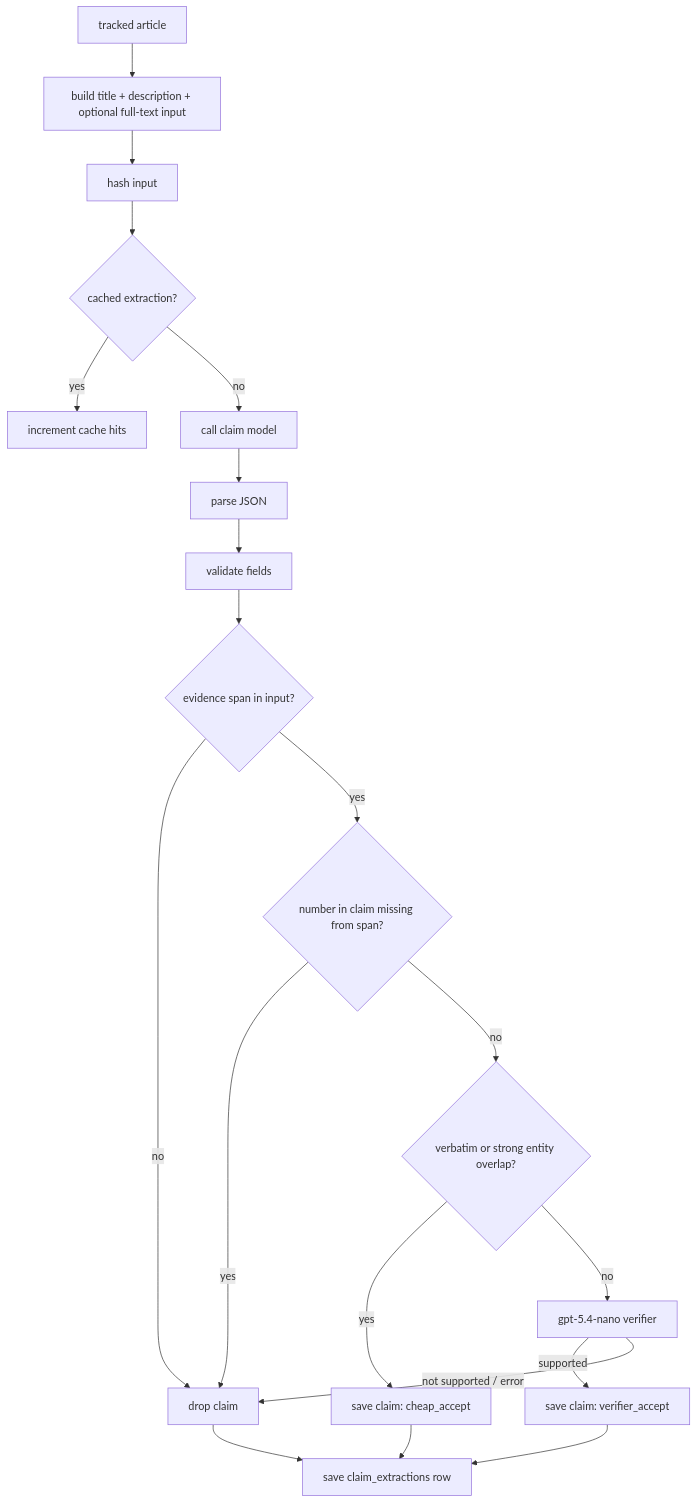
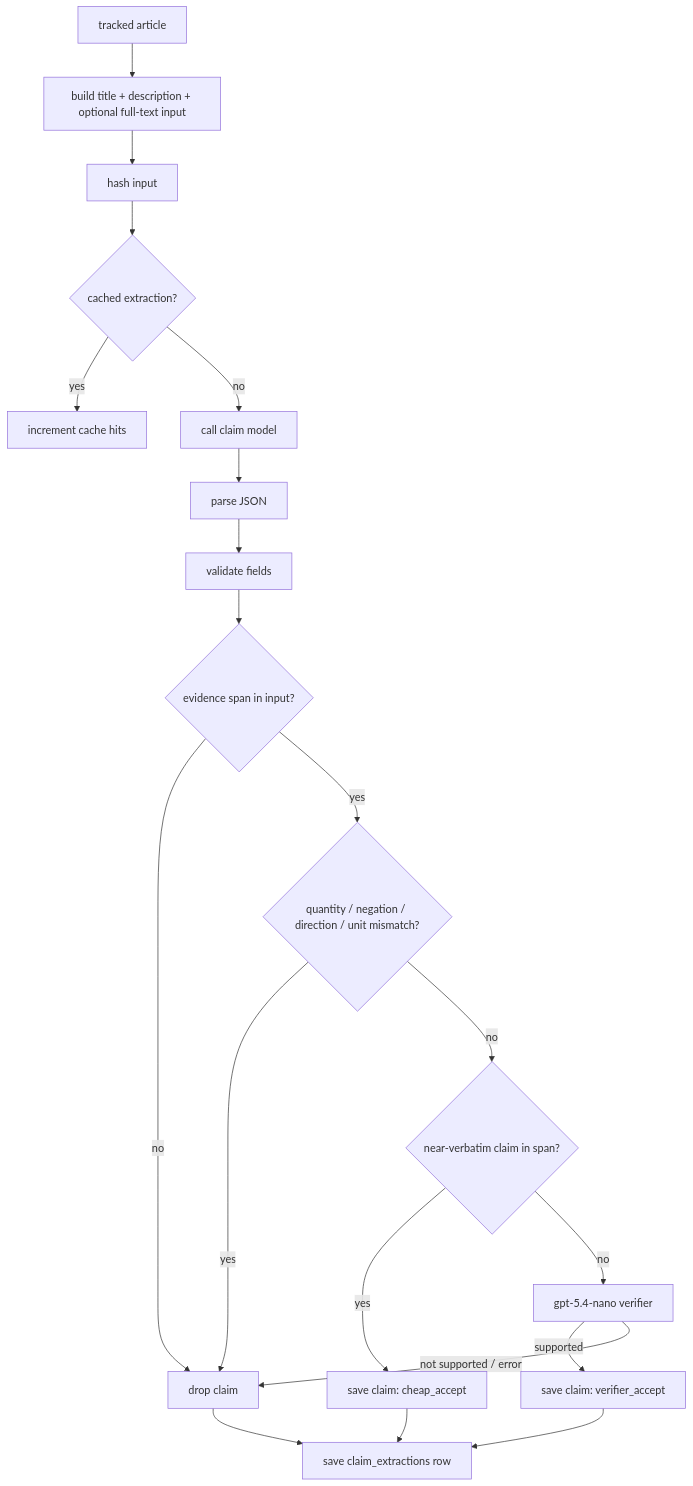
Before and after one commit to MecGlandorff/News: the fourth of 5 diagrams in docs/how-it-works.md, drawn with Mermaid. The commit also changed other lines of this file and 8 other files, not shown here.

````diff
--- a/docs/how-it-works.md
+++ b/docs/how-it-works.md
@@ -291,22 +301,22 @@
 ```mermaid
 flowchart TD
     A[tracked article] --> B[build title + description + optional full-text input]
     B --> C[hash input]
     C --> D{cached extraction?}
     D -- yes --> E[increment cache hits]
     D -- no --> F[call claim model]
     F --> G[parse JSON]
     G --> H[validate fields]
     H --> I{evidence span in input?}
     I -- no --> K[drop claim]
-    I -- yes --> M{number in claim missing from span?}
+    I -- yes --> M{quantity / negation / direction / unit mismatch?}
     M -- yes --> K
-    M -- no --> N{verbatim or strong entity overlap?}
+    M -- no --> N{near-verbatim claim in span?}
     N -- yes --> J[save claim: cheap_accept]
     N -- no --> O[gpt-5.4-nano verifier]
     O -- supported --> J2[save claim: verifier_accept]
     O -- not supported / error --> K
     J --> L[save claim_extractions row]
     J2 --> L
     K --> L
 ```
````
